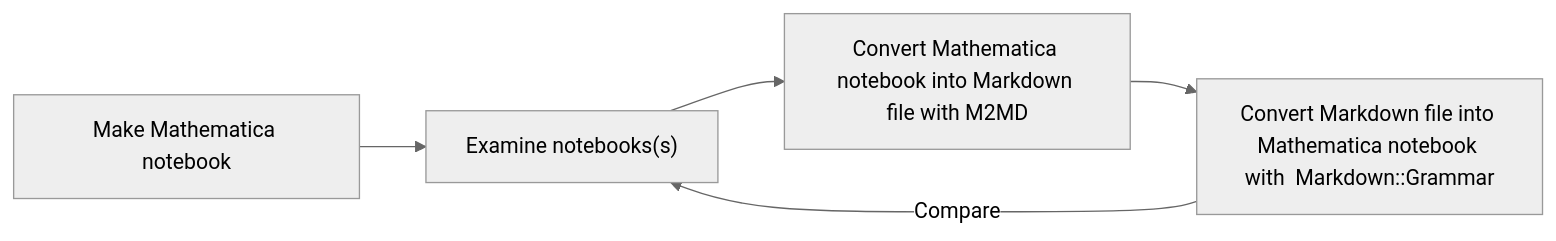
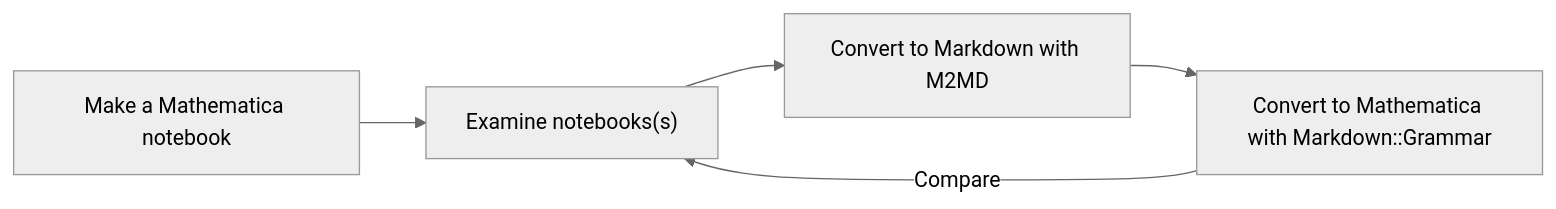
One commit to antononcube/Raku-Markdown-Grammar changed the diagram in README-work.md. Above: the diagram before and after it, drawn with Mermaid (neutral theme). The commit also changed 1 other file, not shown here.

Commit message:
docs:Better diagram.

````diff
--- a/README-work.md
+++ b/README-work.md
@@ -45,7 +45,7 @@
 ```mermaid
 graph LR
-    wl[Make Mathematica notebook] --> e
+    wl[Make a Mathematica notebook] --> e
     e["Examine notebooks(s)"] --> m2md
-    m2md["Convert Mathematica notebook into Markdown file with M2MD"] --> md2wl
-    md2wl[Convert Markdown file into Mathematica notebook with  Markdown::Grammar] --> |Compare|e
+    m2md["Convert to Markdown with M2MD"] --> md2wl
+    md2wl["Convert to Mathematica with Markdown::Grammar"] --> |Compare|e
 ```
````
